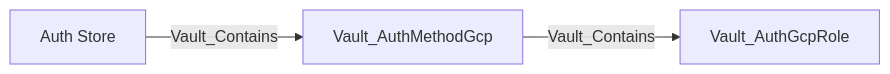
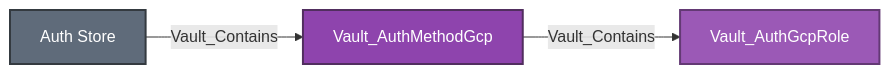
One commit to bytewreck/opengraph-vault changed diagram 11 of 28 in Documentation/stores/AUTH.md. Above: the diagram before and after it, drawn with Mermaid. The commit also changed other lines of this file, not shown here.

````diff
--- a/Documentation/stores/AUTH.md
+++ b/Documentation/stores/AUTH.md
@@ -521,5 +569,9 @@
 ```mermaid
 flowchart LR
-    store[Auth Store] -->|Vault_Contains| method[Vault_AuthMethodGcp]
-    method -->|Vault_Contains| role[Vault_AuthGcpRole]
+    store[Auth Store]:::storeNode -->|Vault_Contains| method[Vault_AuthMethodGcp]:::authMethodNode
+    method -->|Vault_Contains| role[Vault_AuthGcpRole]:::authRoleNode
+
+    classDef storeNode fill:#5F6B7A,color:#fff,stroke:#343A40,stroke-width:2px
+    classDef authMethodNode fill:#8E44AD,color:#fff,stroke:#512E5F,stroke-width:2px
+    classDef authRoleNode fill:#9B59B6,color:#fff,stroke:#633974,stroke-width:2px
 ```
````
